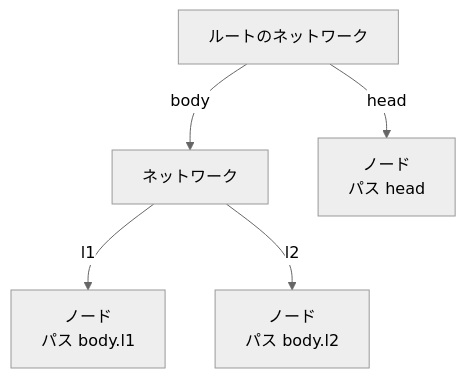
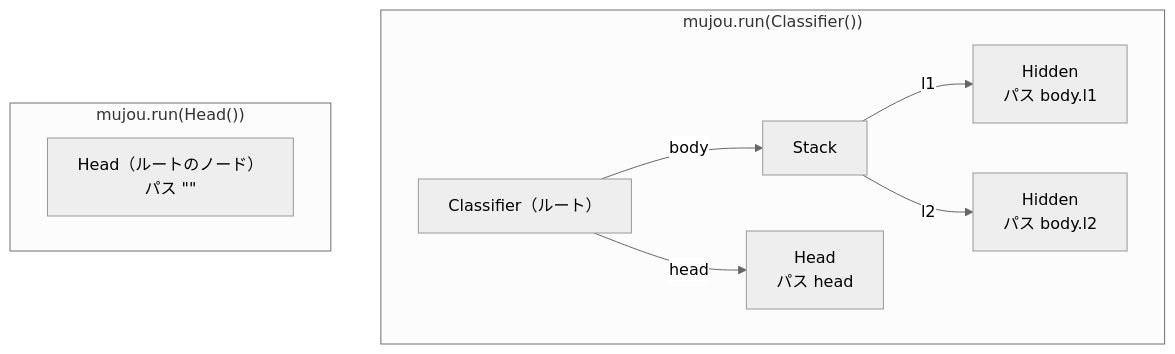
The fifth of 5 diagrams in docs/ja/concepts.md (Geson-anko/mujou), drawn with Mermaid (neutral theme) before and after one commit. The commit also changed other lines of this file and 49 other files, not shown here.

````diff
--- a/docs/ja/concepts.md
+++ b/docs/ja/concepts.md
@@ -279,7 +119,12 @@
 ```mermaid
 flowchart TB
-    R["ルートのネットワーク"] -->|body| B["ネットワーク"]
-    R -->|head| H["ノード<br/>パス head"]
-    B -->|l1| L1["ノード<br/>パス body.l1"]
-    B -->|l2| L2["ノード<br/>パス body.l2"]
+    subgraph net["mujou.run(Classifier())"]
+        R["Classifier（ルート）"] -->|body| B["Stack"]
+        R -->|head| H["Head<br/>パス head"]
+        B -->|l1| L1["Hidden<br/>パス body.l1"]
+        B -->|l2| L2["Hidden<br/>パス body.l2"]
+    end
+    subgraph one["mujou.run(Head())"]
+        N["Head（ルートのノード）<br/>パス #quot;#quot;"]
+    end
 ```
````
